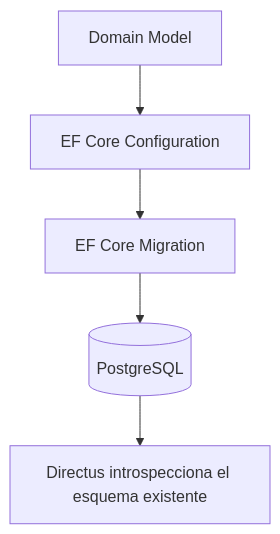
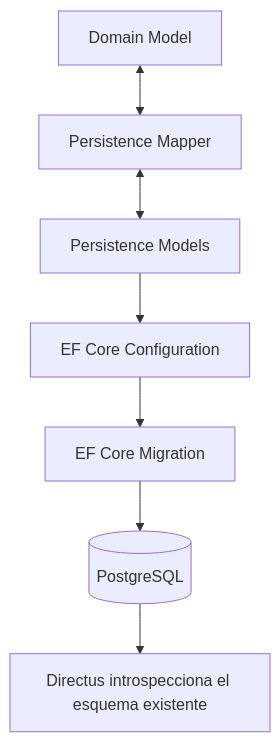
Before and after one commit to cromaticacreativa/project-cromaticacreativa-web: the sixth of 7 diagrams in README.md, drawn with Mermaid. The commit also changed other lines of this file and 118 other files, not shown here.

````diff
--- a/README.md
+++ b/README.md
@@ -360,7 +342,9 @@
 ```mermaid
 flowchart TD
-    model["Domain Model"] --> configuration["EF Core Configuration"]
+    domain["Domain Model"] <--> mapper["Persistence Mapper"]
+    mapper <--> model["Persistence Models"]
+    model --> configuration["EF Core Configuration"]
     configuration --> migration["EF Core Migration"]
     migration --> database[("PostgreSQL")]
     database --> introspection["Directus introspecciona el esquema existente"]
 ```
````
